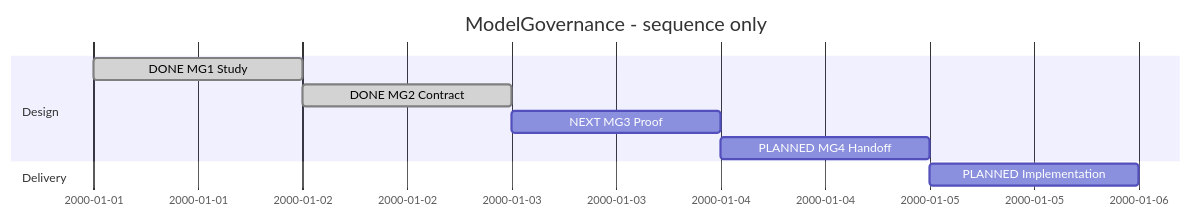
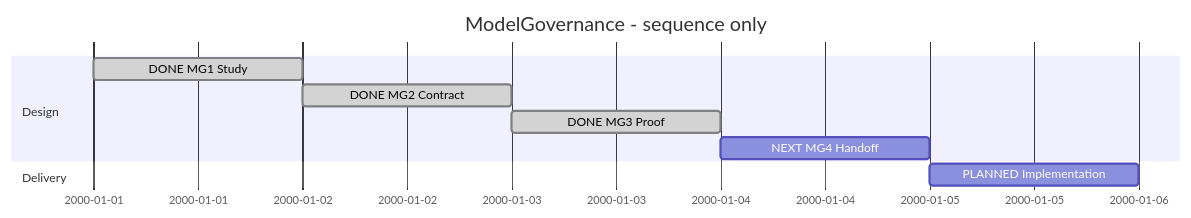
One commit to Hans-Einar/SDP changed the diagram in SDP/Sessions/session-#0006--Model_governance.md. Above: the diagram before and after it, drawn with Mermaid. The commit also changed other lines of this file and 13 other files, not shown here.

````diff
--- a/SDP/Sessions/session-#0006--Model_governance.md
+++ b/SDP/Sessions/session-#0006--Model_governance.md
@@ -8,12 +8,12 @@
 ```mermaid
 gantt
     title ModelGovernance - sequence only
     dateFormat YYYY-MM-DD
     section Design
     DONE MG1 Study :done,s1,2000-01-01,1d
     DONE MG2 Contract :done,s2,after s1,1d
-    NEXT MG3 Proof :s3,after s2,1d
-    PLANNED MG4 Handoff :s4,after s3,1d
+    DONE MG3 Proof :done,s3,after s2,1d
+    NEXT MG4 Handoff :s4,after s3,1d
     section Delivery
     PLANNED Implementation :s5,after s4,1d
 ```
````
